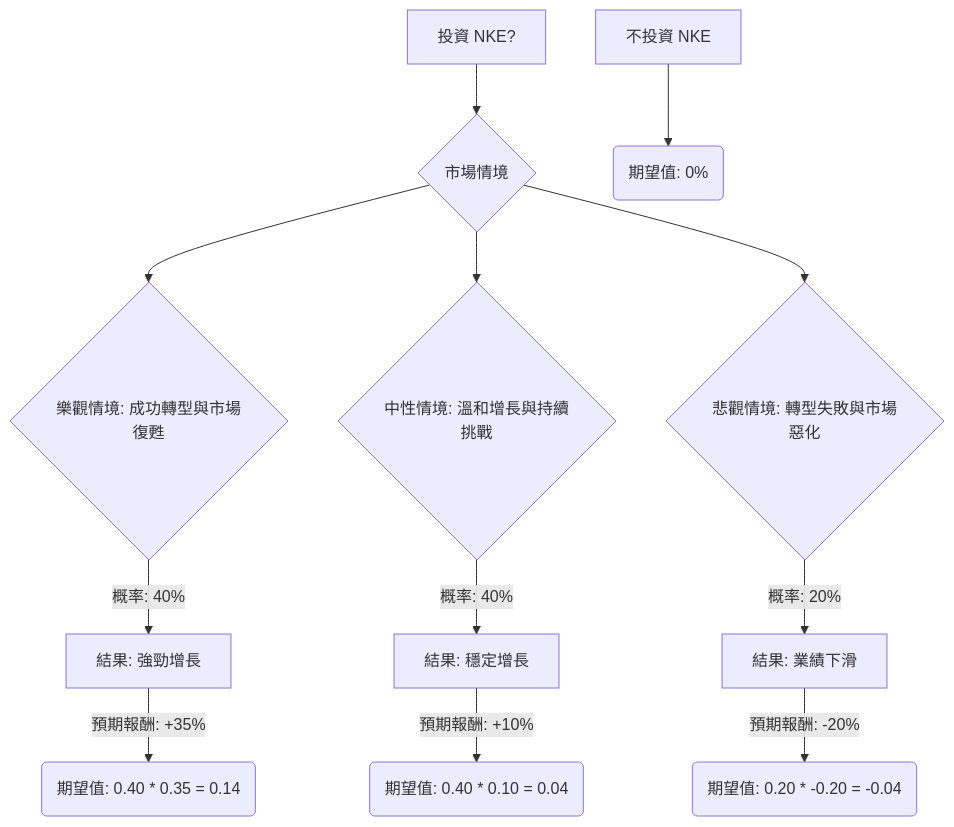
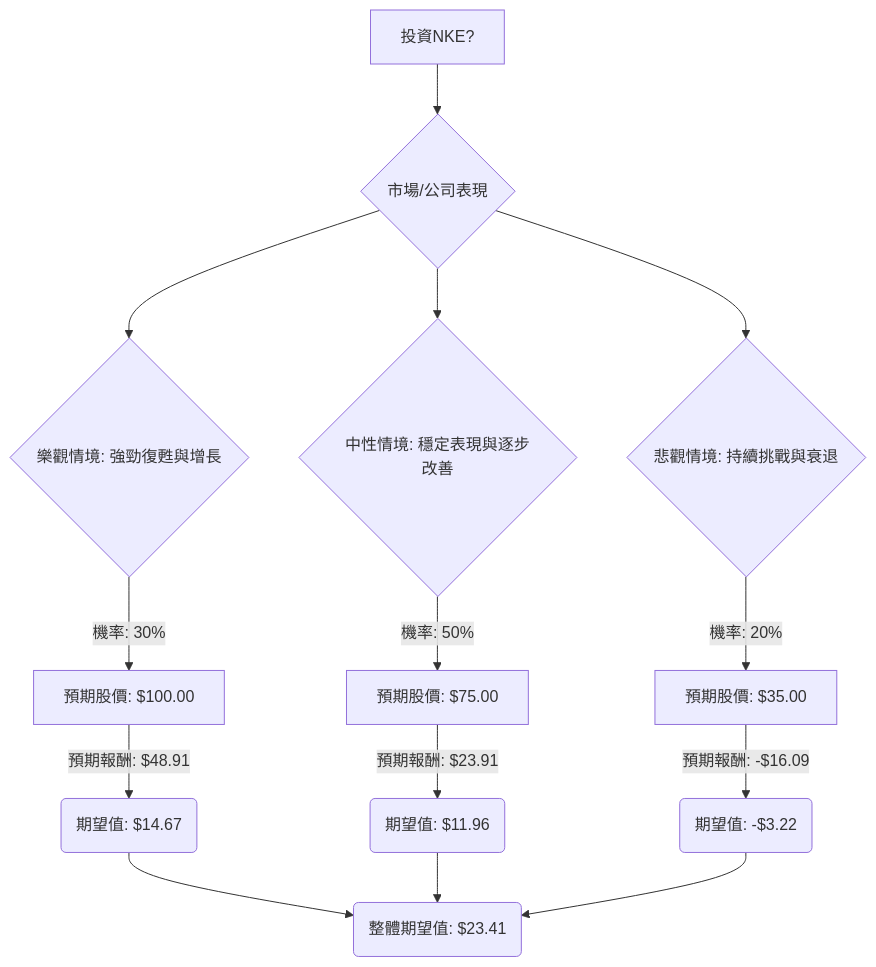
The diagram in plugin-react/ai-analysis/ev-analysis/NKE.md (zmcx16/zmcx16.github.io), drawn with Mermaid before and after one commit. The commit also changed other lines of this file and 80 other files, not shown here.

````diff
--- a/plugin-react/ai-analysis/ev-analysis/NKE.md
+++ b/plugin-react/ai-analysis/ev-analysis/NKE.md
@@ -37,18 +24,18 @@
 ```mermaid
 graph TD
-    A[投資 NKE?] --> B{市場情境}
+    A[投資NKE?] --> B{市場/公司表現}
+    B --> C{樂觀情境: 強勁復甦與增長}
+    B --> D{中性情境: 穩定表現與逐步改善}
+    B --> E{悲觀情境: 持續挑戰與衰退}
 
-    B --> C{樂觀情境: 成功轉型與市場復甦}
-    C -- 概率: 40% --> C1[結果: 強勁增長]
-    C1 -- 預期報酬: +35% --> C2(期望值: 0.40 * 0.35 = 0.14)
+    C -- 機率: 30% --> C1[預期股價: $100.00]
+    C1 -- 預期報酬: $48.91 --> C2(期望值: $14.67)
 
-    B --> D{中性情境: 溫和增長與持續挑戰}
-    D -- 概率: 40% --> D1[結果: 穩定增長]
-    D1 -- 預期報酬: +10% --> D2(期望值: 0.40 * 0.10 = 0.04)
+    D -- 機率: 50% --> D1[預期股價: $75.00]
+    D1 -- 預期報酬: $23.91 --> D2(期望值: $11.96)
 
-    B --> E{悲觀情境: 轉型失敗與市場惡化}
-    E -- 概率: 20% --> E1[結果: 業績下滑]
-    E1 -- 預期報酬: -20% --> E2(期望值: 0.20 * -0.20 = -0.04)
+    E -- 機率: 20% --> E1[預期股價: $35.00]
+    E1 -- 預期報酬: -$16.09 --> E2(期望值: -$3.22)
 
-    F[不投資 NKE] --> F1(期望值: 0%)
+    C2 & D2 & E2 --> F(整體期望值: $23.41)
 ```
````
